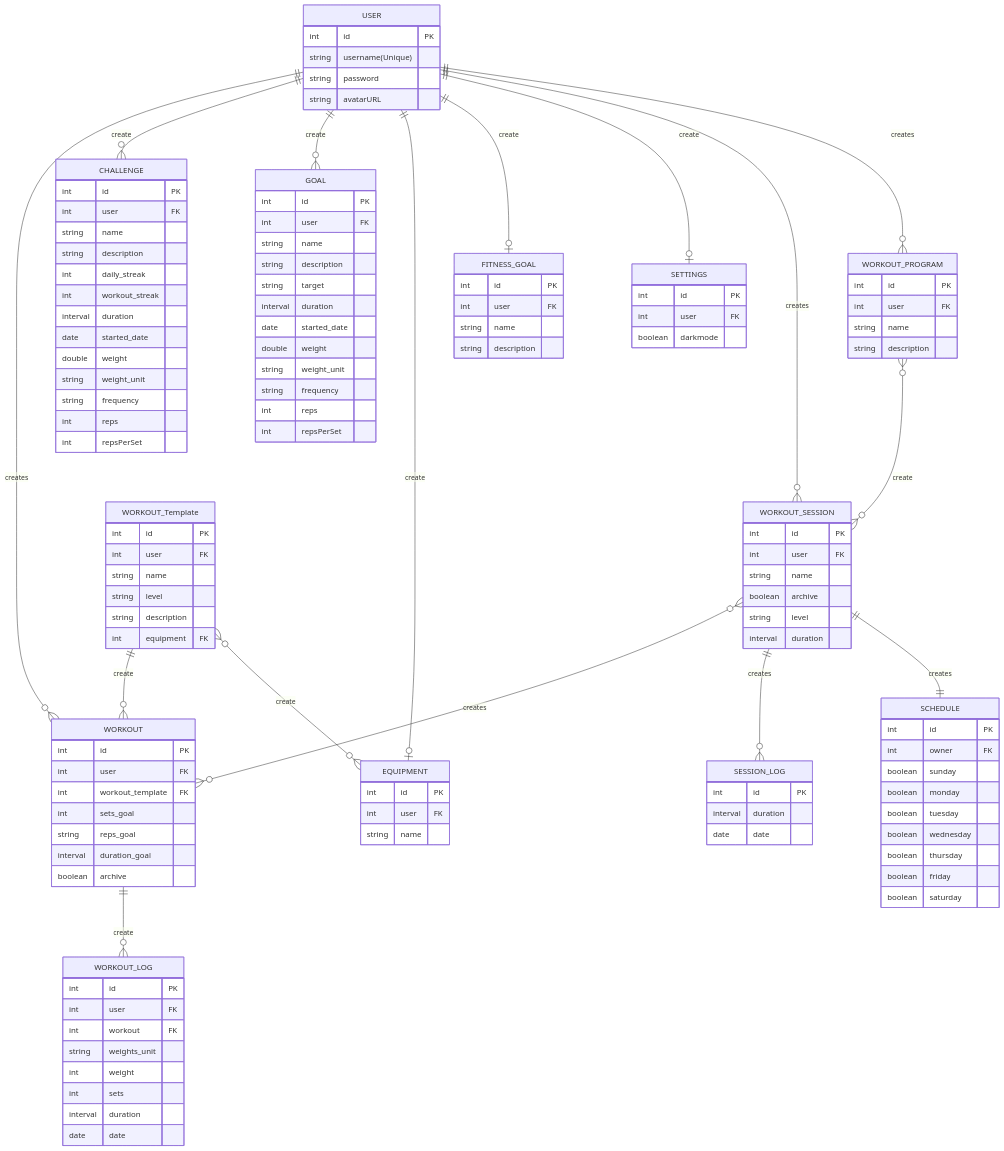
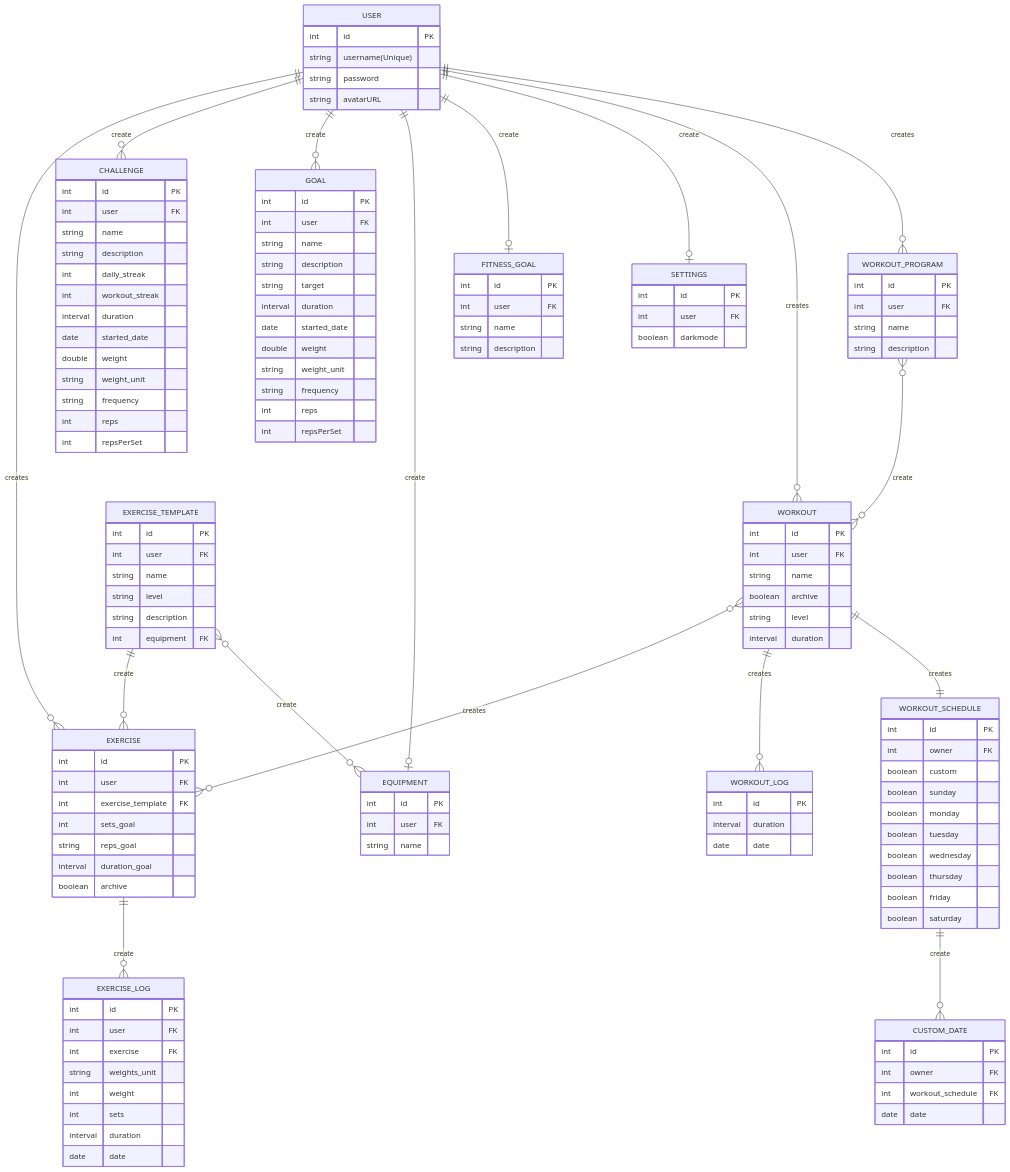
Before and after one commit to EfrainAD/Workout-App: the diagram in ERDv1.md, drawn with Mermaid.

Commit message:
Update: Updating the ERD table name to match the UX and also added Table for added feature from UX WA-74 WA-75
   1. WORKOUT was change to EXERCISE
   2. WORKOUT_SESSION was change to WORKOUT
   3. WORKOUT_Template was change to EXERCISE_TEMPLATE
   4. SESSION_LOG was change to WORKOUT_LOG
   5. WORKOUT_LOG was changed to EXERCISE_LOG
   6. SCHEDULE was changed to WORKOUT_SCHEDULE
   7.  WORKOUT_SCHEDULE had a boolean field named custom that point to a new CUSTOM_DATE table

````diff
--- a/ERDv1.md
+++ b/ERDv1.md
@@ -3,12 +3,12 @@
 ```mermaid
 	erDiagram
-		USER ||--o{ WORKOUT : creates
+		USER ||--o{ EXERCISE : creates
 		USER ||--o{ CHALLENGE : create
 		USER ||--o{ GOAL : create
 		USER ||--o| EQUIPMENT : create
 		USER ||--o| FITNESS_GOAL : create
 		USER ||--o| SETTINGS : create
-		USER ||--o{ WORKOUT_SESSION : creates
+		USER ||--o{ WORKOUT : creates
 		USER ||--o{ WORKOUT_PROGRAM : creates
 		USER {
 			int id PK
@@ -26,17 +26,17 @@
 			int user FK
 			string name
 		}
-		WORKOUT_PROGRAM }o--o{ WORKOUT_SESSION : create
+		WORKOUT_PROGRAM }o--o{ WORKOUT : create
 		WORKOUT_PROGRAM {
 			int id PK
 			int user FK
 			string name
 			string description
 		}
-		WORKOUT_SESSION }o--o{ WORKOUT : creates
-		WORKOUT_SESSION ||--o{ SESSION_LOG : creates
-		WORKOUT_SESSION ||--|| SCHEDULE : creates
-		WORKOUT_SESSION {
+		WORKOUT }o--o{ EXERCISE : creates
+		WORKOUT ||--o{ WORKOUT_LOG : creates
+		WORKOUT ||--|| WORKOUT_SCHEDULE : creates
+		WORKOUT {
 			int id PK
 			int user FK
 			string name
@@ -44,9 +44,9 @@
 			string level
 			interval duration
 		}
-		WORKOUT_Template ||--o{ WORKOUT : create
-		WORKOUT_Template }o--o{ EQUIPMENT : create
-		WORKOUT_Template {
+		EXERCISE_TEMPLATE ||--o{ EXERCISE : create
+		EXERCISE_TEMPLATE }o--o{ EQUIPMENT : create
+		EXERCISE_TEMPLATE {
 			int id PK
 			int user FK
 			string name
@@ -54,34 +54,36 @@
 			string description
 			int equipment FK
 		}
-		WORKOUT ||--o{ WORKOUT_LOG : create
-		WORKOUT {
+		EXERCISE ||--o{ EXERCISE_LOG : create
+		EXERCISE {
 			int id PK
 			int user FK
-			int workout_template FK
+			int exercise_template FK
 			int sets_goal
 			string reps_goal
 			interval duration_goal
 			boolean archive
 		}
-			WORKOUT_LOG {
+			EXERCISE_LOG {
 			int id PK
 			int user FK
-			int workout FK
+			int exercise FK
 			string weights_unit
 			int weight
 			int sets
 			interval duration
 			date date
 		}
-		SESSION_LOG {
+		WORKOUT_LOG {
 			int id PK
 			interval duration
 			date date
 		}
-		SCHEDULE {
+		WORKOUT_SCHEDULE ||--o{ CUSTOM_DATE : create
+		WORKOUT_SCHEDULE {
 			int id PK
 			int owner FK
+			boolean custom
 			boolean sunday
 			boolean monday
 			boolean tuesday
@@ -89,6 +91,12 @@
 			boolean thursday
 			boolean friday
 			boolean saturday
+		}
+		CUSTOM_DATE{
+			int id PK
+			int owner FK
+			int workout_schedule FK
+			date date
 		}
 		FITNESS_GOAL {
 			int id PK
````
